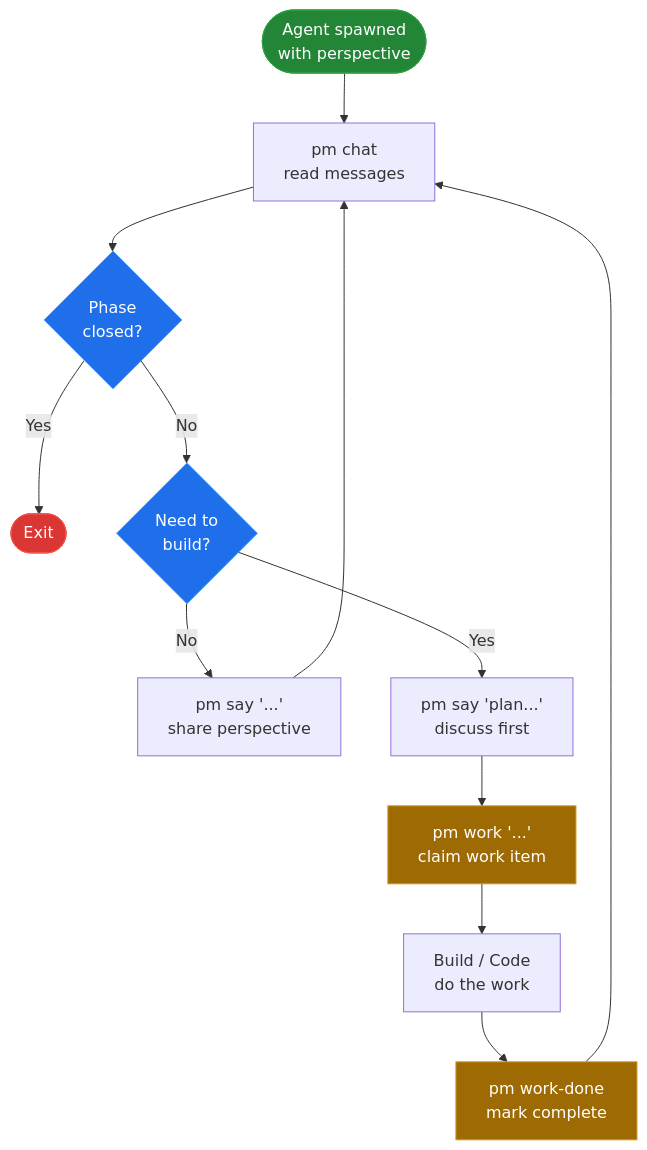
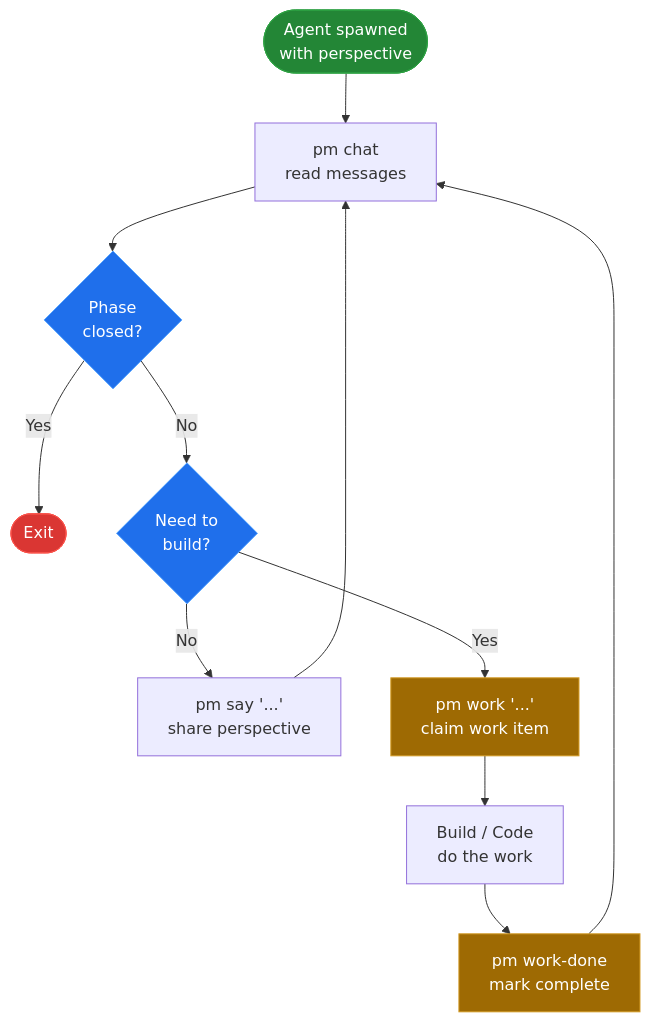
One commit to Hollings/plasmodium changed the second of 2 diagrams in docs/flowcharts.md. Above: the diagram before and after it, drawn with Mermaid. The commit also changed other lines of this file, not shown here.

First line of the commit message:
Simplify agent flow, add work items reference

````diff
--- a/docs/flowcharts.md
+++ b/docs/flowcharts.md
@@ -57,23 +57,22 @@
 ```mermaid
 flowchart TD
     A([Agent spawned<br/>with perspective]) --> B[pm chat<br/>read messages]
     B --> C{Phase<br/>closed?}
     C -->|Yes| D([Exit])
     C -->|No| E{Need to<br/>build?}
 
     E -->|No| F[pm say '...'<br/>share perspective]
     F --> B
 
-    E -->|Yes| G[pm say 'plan...'<br/>discuss first]
-    G --> H[pm work '...'<br/>claim work item]
+    E -->|Yes| H[pm work '...'<br/>claim work item]
     H --> I[Build / Code<br/>do the work]
     I --> J[pm work-done<br/>mark complete]
     J --> B
 
     style A fill:#238636,stroke:#2ea043,color:#fff
     style D fill:#da3633,stroke:#f85149,color:#fff
     style C fill:#1f6feb,stroke:#58a6ff,color:#fff
     style E fill:#1f6feb,stroke:#58a6ff,color:#fff
     style H fill:#9e6a03,stroke:#d29922,color:#fff
     style J fill:#9e6a03,stroke:#d29922,color:#fff
 ```
````
